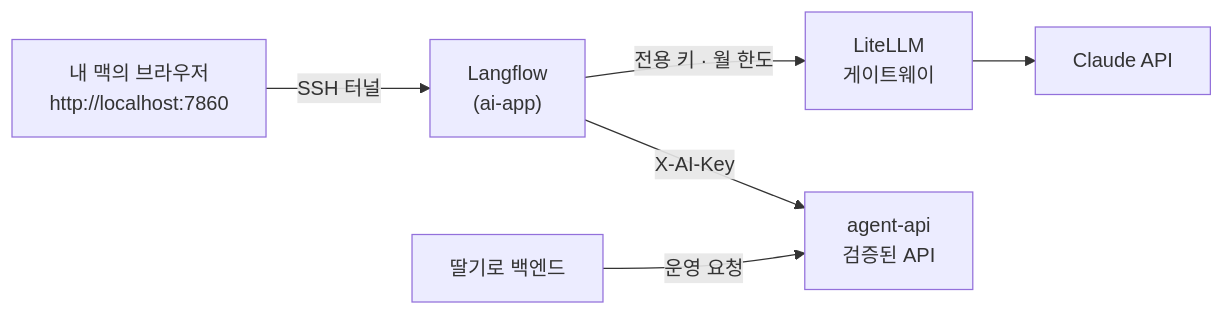
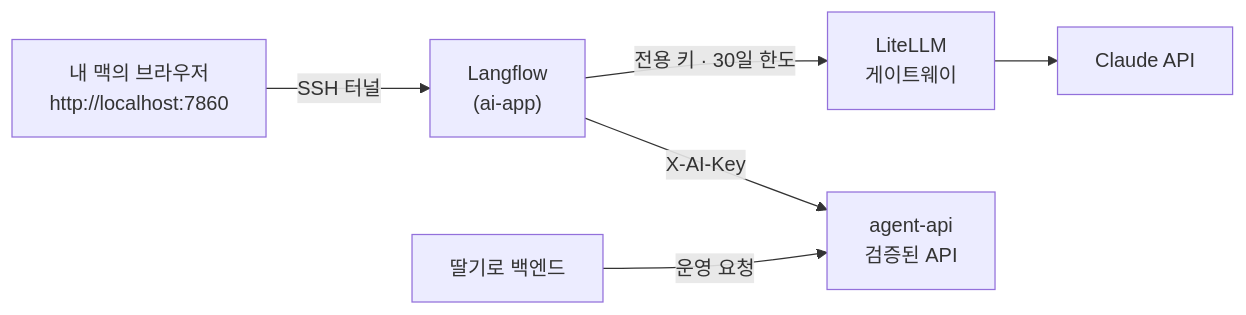
Before and after one commit to hsw4606/ddalgiro-ai-agent: the diagram in docs/04-에이전트/05-노코드-도구-Langflow.md, drawn with Mermaid. The commit also changed other lines of this file and 31 other files, not shown here.

````diff
--- a/docs/04-에이전트/05-노코드-도구-Langflow.md
+++ b/docs/04-에이전트/05-노코드-도구-Langflow.md
@@ -15,8 +15,8 @@
 ```mermaid
 flowchart LR
     ME["내 맥의 브라우저<br/>http://localhost:7860"] -- "SSH 터널" --> LF["Langflow<br/>(ai-app)"]
-    LF -- "전용 키 · 월 한도" --> LL["LiteLLM<br/>게이트웨이"]
+    LF -- "전용 키 · 30일 한도" --> LL["LiteLLM<br/>게이트웨이"]
     LF -- "X-AI-Key" --> AG["agent-api<br/>검증된 API"]
     LL --> CL["Claude API"]
     BE["딸기로 백엔드"] -- "운영 요청" --> AG
 ```
````
